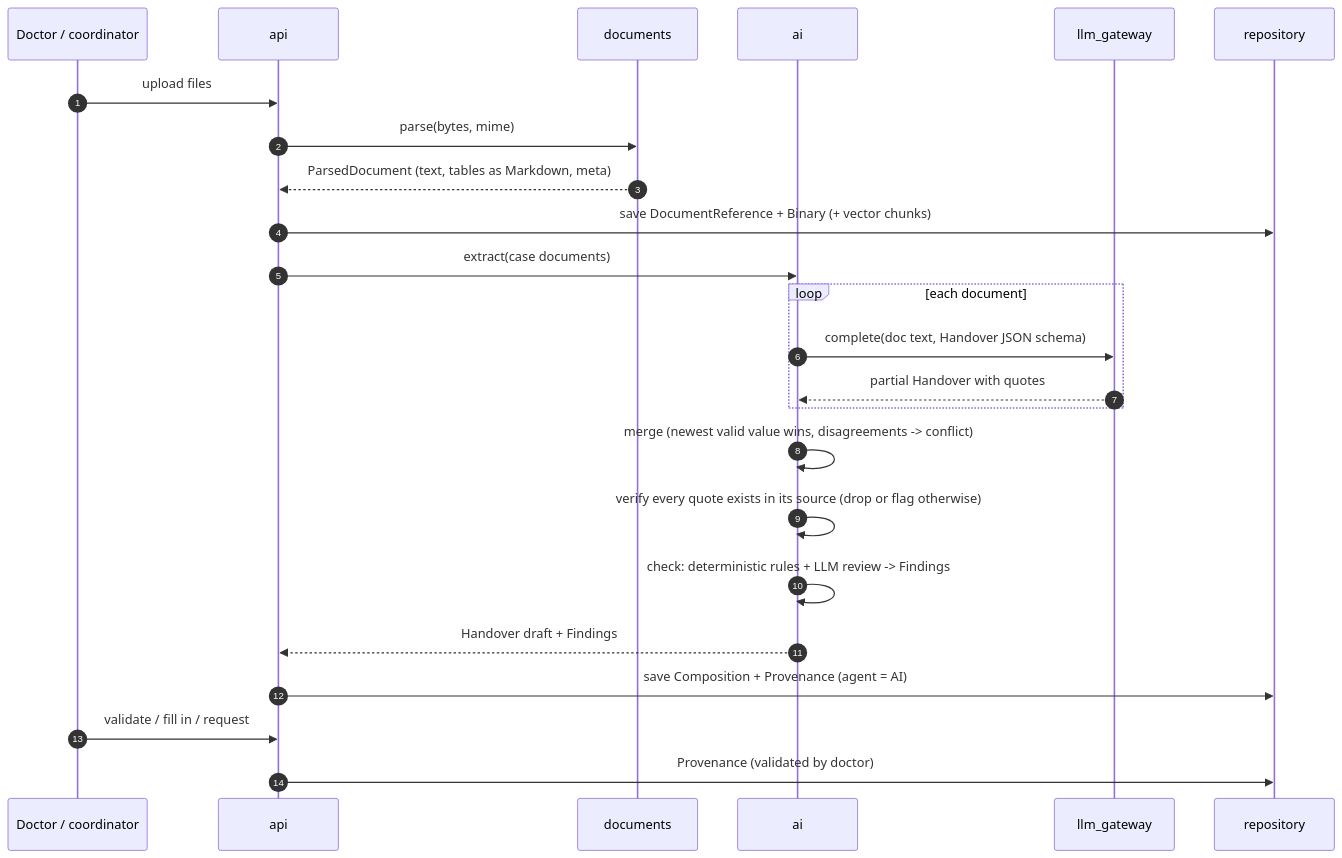
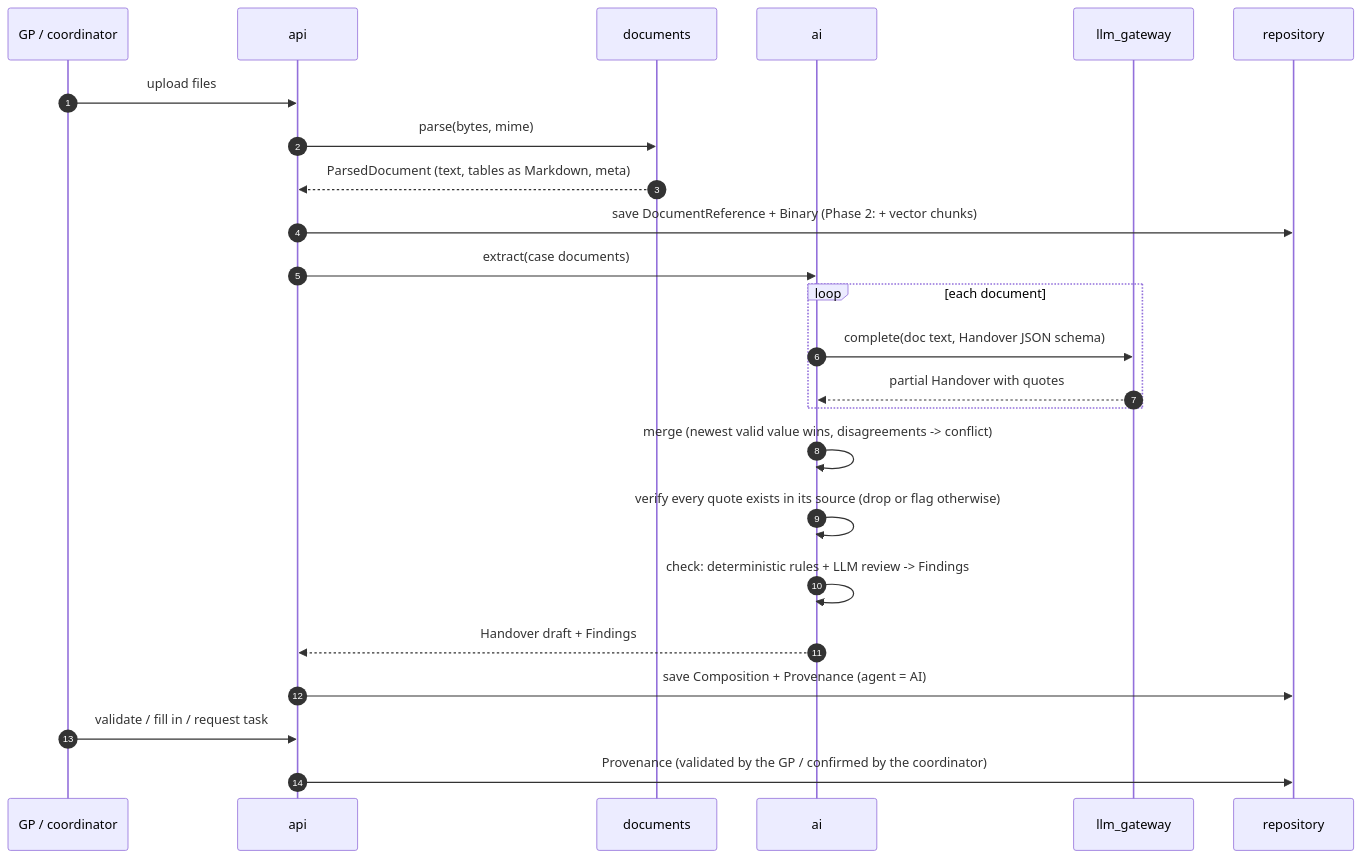
The second of 4 diagrams in docs/architecture.md (darkmackov/AI-Rackathon2026-Nessio), drawn with Mermaid before and after one commit. The commit also changed other lines of this file and 46 other files, not shown here.

````diff
--- a/docs/architecture.md
+++ b/docs/architecture.md
@@ -57,26 +57,26 @@
 ```mermaid
 sequenceDiagram
   autonumber
-  participant U as Doctor / coordinator
+  participant U as GP / coordinator
   participant API as api
   participant D as documents
   participant AI as ai
   participant L as llm_gateway
   participant R as repository
   U->>API: upload files
   API->>D: parse(bytes, mime)
   D-->>API: ParsedDocument (text, tables as Markdown, meta)
-  API->>R: save DocumentReference + Binary (+ vector chunks)
+  API->>R: save DocumentReference + Binary (Phase 2: + vector chunks)
   API->>AI: extract(case documents)
   loop each document
     AI->>L: complete(doc text, Handover JSON schema)
     L-->>AI: partial Handover with quotes
   end
   AI->>AI: merge (newest valid value wins, disagreements -> conflict)
   AI->>AI: verify every quote exists in its source (drop or flag otherwise)
   AI->>AI: check: deterministic rules + LLM review -> Findings
   AI-->>API: Handover draft + Findings
   API->>R: save Composition + Provenance (agent = AI)
-  U->>API: validate / fill in / request
-  API->>R: Provenance (validated by doctor)
+  U->>API: validate / fill in / request task
+  API->>R: Provenance (validated by the GP / confirmed by the coordinator)
 ```
````
